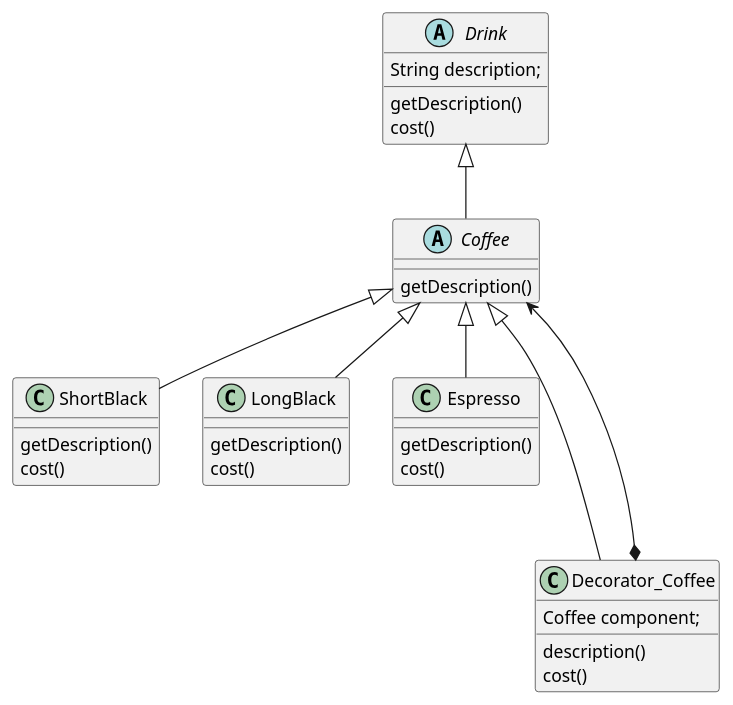
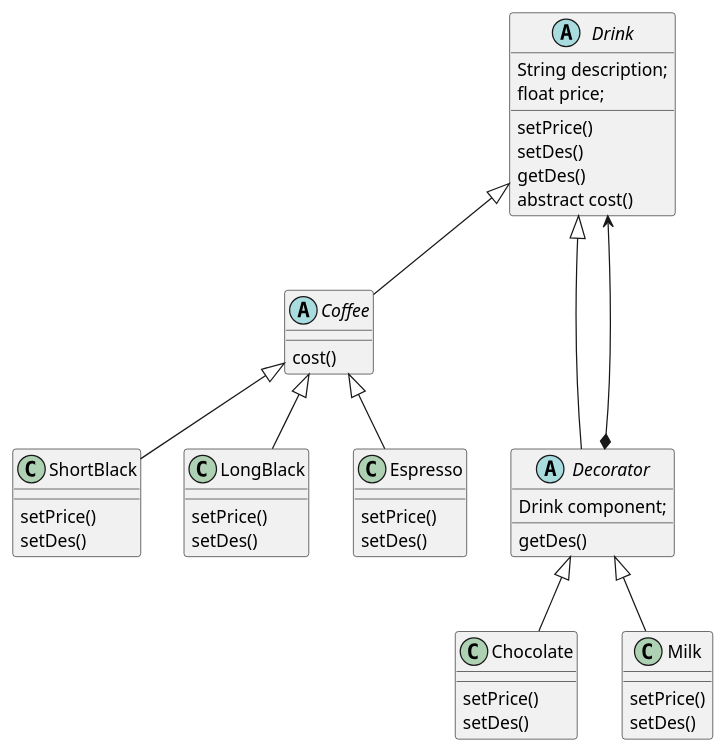
One commit to wangzy0327/talk-design-pattern changed the diagram in src/main/java/com/wzy/decorator/decorator.puml. Above: the diagram before and after it, drawn with PlantUML. The commit also changed 14 other files, not shown here.

```diff
--- a/src/main/java/com/wzy/decorator/decorator.puml
+++ b/src/main/java/com/wzy/decorator/decorator.puml
@@ -1,33 +1,45 @@
 @startuml
 'https://plantuml.com/class-diagram
 
 abstract class Drink{
     String description;
-    getDescription()
+    float price;
+    setPrice()
+    setDes()
+    getDes()
+    abstract cost()
+}
+abstract class Coffee extends Drink{
     cost()
 }
-abstract class Coffee extends Drink{
-    getDescription()
-}
 class ShortBlack extends Coffee{
-    getDescription()
-    cost()
+    setPrice()
+    setDes()
 }
 class LongBlack extends Coffee{
-    getDescription()
-    cost()
+    setPrice()
+    setDes()
 }
 class Espresso extends Coffee{
-    getDescription()
-    cost()
+    setPrice()
+    setDes()
 }
 
-class Decorator_Coffee extends Coffee{
-    Coffee component;
-    description()
-    cost()
+abstract class Decorator extends Drink{
+    Drink component;
+    getDes()
 }
 
-Decorator_Coffee *--->Coffee
+class Chocolate extends Decorator{
+    setPrice()
+    setDes()
+}
+
+class Milk extends Decorator{
+    setPrice()
+    setDes()
+}
+
+Decorator *--->Drink
 
 @enduml
```
